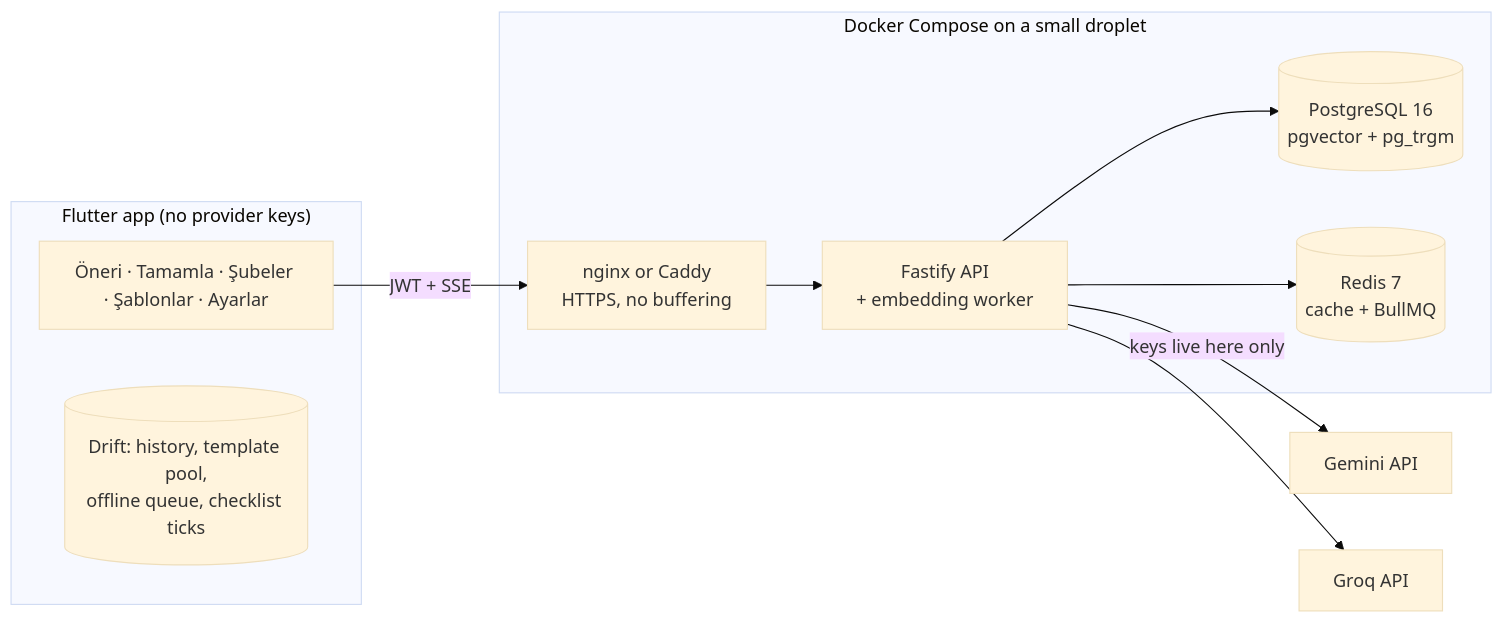
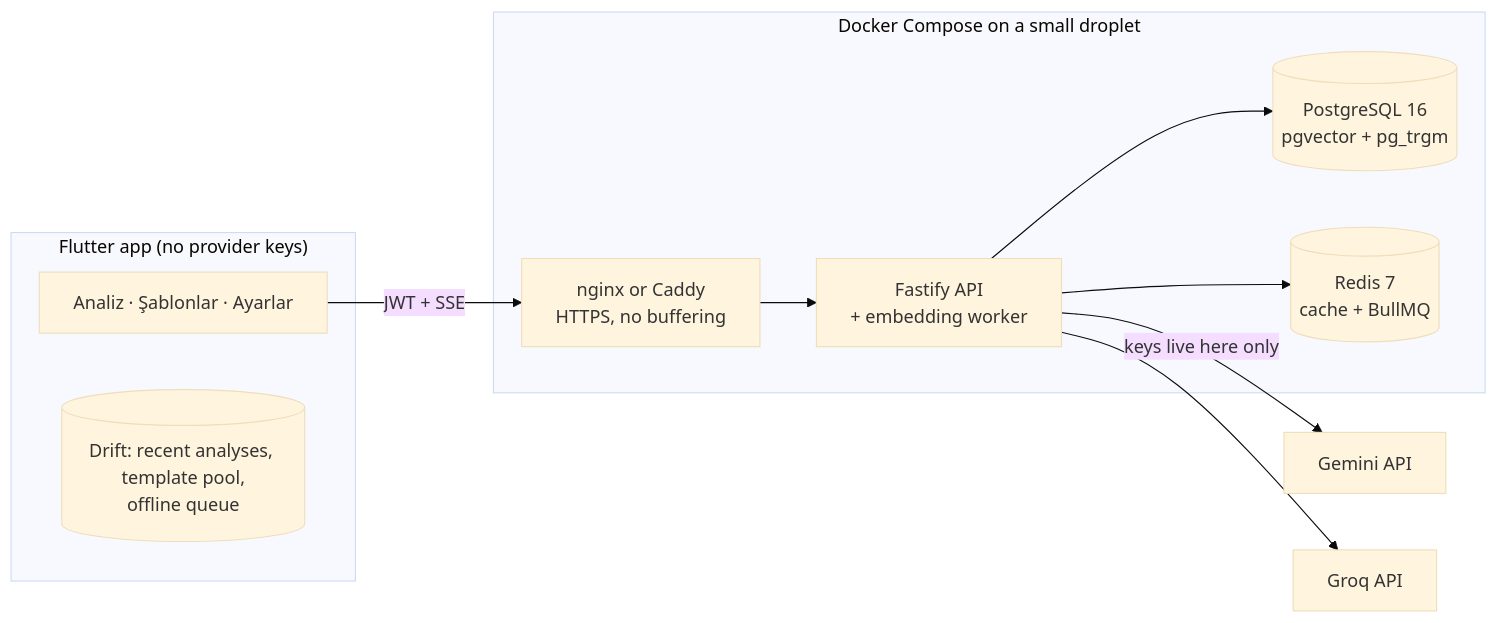
Before and after one commit to bcsakalar/Menu_Kopilot: the diagram in README.md, drawn with Mermaid (base theme). The commit also changed other lines of this file and 194 other files, not shown here.

````diff
--- a/README.md
+++ b/README.md
@@ -49,15 +54,15 @@
 ```mermaid
 flowchart LR
   subgraph Phone["Flutter app (no provider keys)"]
-    UI[Öneri · Tamamla · Şubeler · Şablonlar · Ayarlar]
-    Local[(Drift: history, template pool,<br/>offline queue, checklist ticks)]
+    UI[Analiz · Şablonlar · Ayarlar]
+    Local[(Drift: recent analyses, template pool,<br/>offline queue)]
   end
   subgraph VPS["Docker Compose on a small droplet"]
     Caddy[nginx or Caddy<br/>HTTPS, no buffering] --> API[Fastify API<br/>+ embedding worker]
     API --> PG[(PostgreSQL 16<br/>pgvector + pg_trgm)]
     API --> Redis[(Redis 7<br/>cache + BullMQ)]
   end
   UI -- "JWT + SSE" --> Caddy
   API -- "keys live here only" --> Gemini[Gemini API]
   API --> Groq[Groq API]
 ```
````
